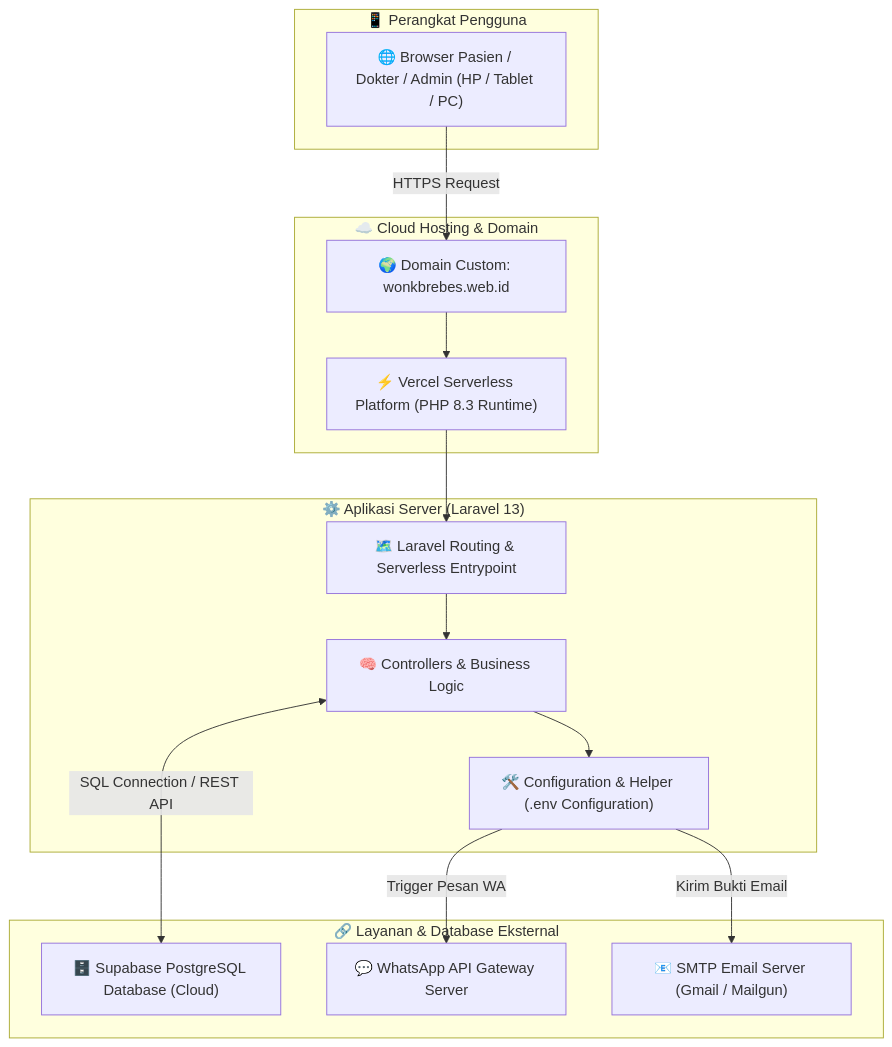
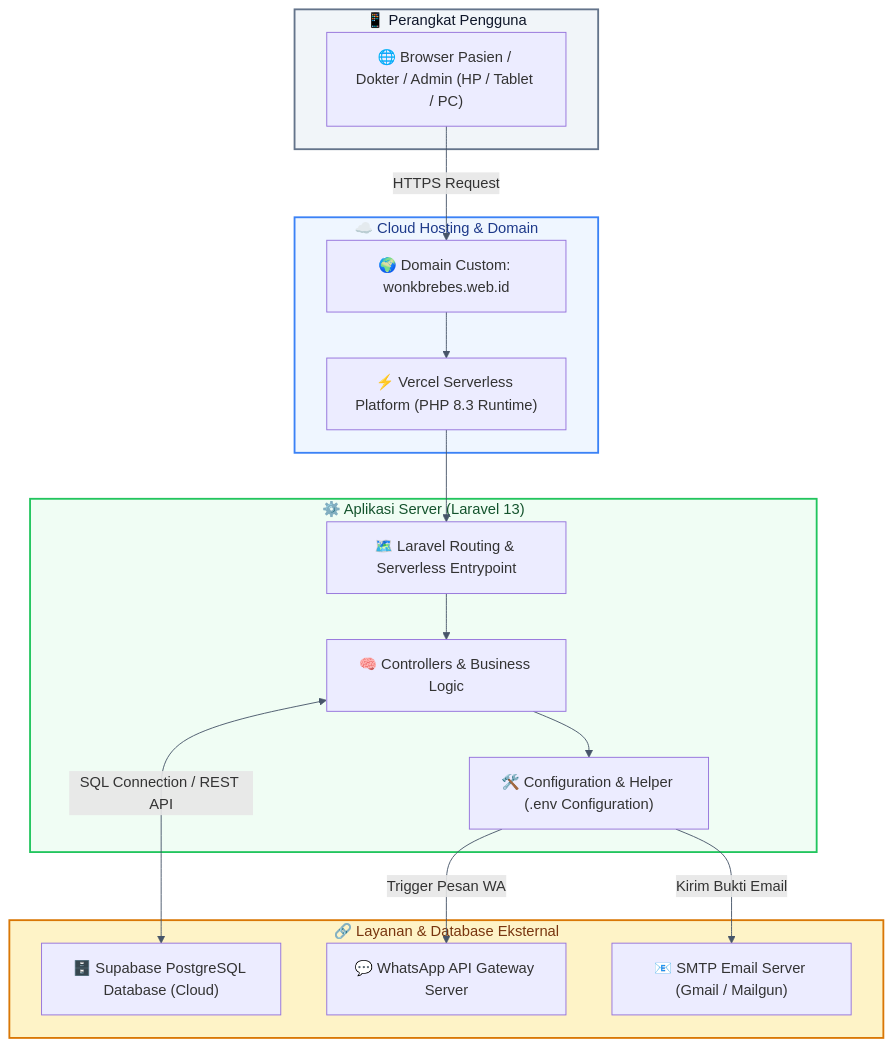
The fifth of 5 diagrams in docs/diagram_laporan_simrs.md (wonkbrebes/rme_ralan), drawn with Mermaid before and after one commit. The commit also changed other lines of this file, not shown here.

Commit message:
docs: update system diagrams with solid white background theme for academic lab report printing

````diff
--- a/docs/diagram_laporan_simrs.md
+++ b/docs/diagram_laporan_simrs.md
@@ -200,32 +208,38 @@
 ```mermaid
+%%{init: {'theme': 'default', 'themeVariables': { 'background': '#ffffff', 'primaryColor': '#f8fafc', 'primaryTextColor': '#0f172a', 'primaryBorderColor': '#64748b', 'lineColor': '#475569', 'clusterBkg': '#ffffff', 'clusterBorder': '#94a3b8' }}}%%
 flowchart TB
     subgraph Klien["📱 Perangkat Pengguna"]
         B["🌐 Browser Pasien / Dokter / Admin (HP / Tablet / PC)"]
     end
 
     subgraph Hosting["☁️ Cloud Hosting & Domain"]
         D["🌍 Domain Custom: wonkbrebes.web.id"]
         V["⚡ Vercel Serverless Platform (PHP 8.3 Runtime)"]
     end
 
     subgraph Backend["⚙️ Aplikasi Server (Laravel 13)"]
         R["🗺️ Laravel Routing & Serverless Entrypoint"]
         CT["🧠 Controllers & Business Logic"]
         SVR["🛠️ Configuration & Helper (.env Configuration)"]
     end
 
     subgraph Eksternal["🔗 Layanan & Database Eksternal"]
         SB["🗄️ Supabase PostgreSQL Database (Cloud)"]
         WA["💬 WhatsApp API Gateway Server"]
         SMTP["📧 SMTP Email Server (Gmail / Mailgun)"]
     end
 
     B -->|"HTTPS Request"| D
     D --> V
     V --> R
     R --> CT
     CT --> SVR
     CT <-->|"SQL Connection / REST API"| SB
     SVR -->|"Trigger Pesan WA"| WA
     SVR -->|"Kirim Bukti Email"| SMTP
+
+    style Klien fill:#f1f5f9,stroke:#64748b,stroke-width:2px,color:#0f172a
+    style Hosting fill:#eff6ff,stroke:#3b82f6,stroke-width:2px,color:#1e3a8a
+    style Backend fill:#f0fdf4,stroke:#22c55e,stroke-width:2px,color:#14532d
+    style Eksternal fill:#fef3c7,stroke:#d97706,stroke-width:2px,color:#78350f
 ```
````
